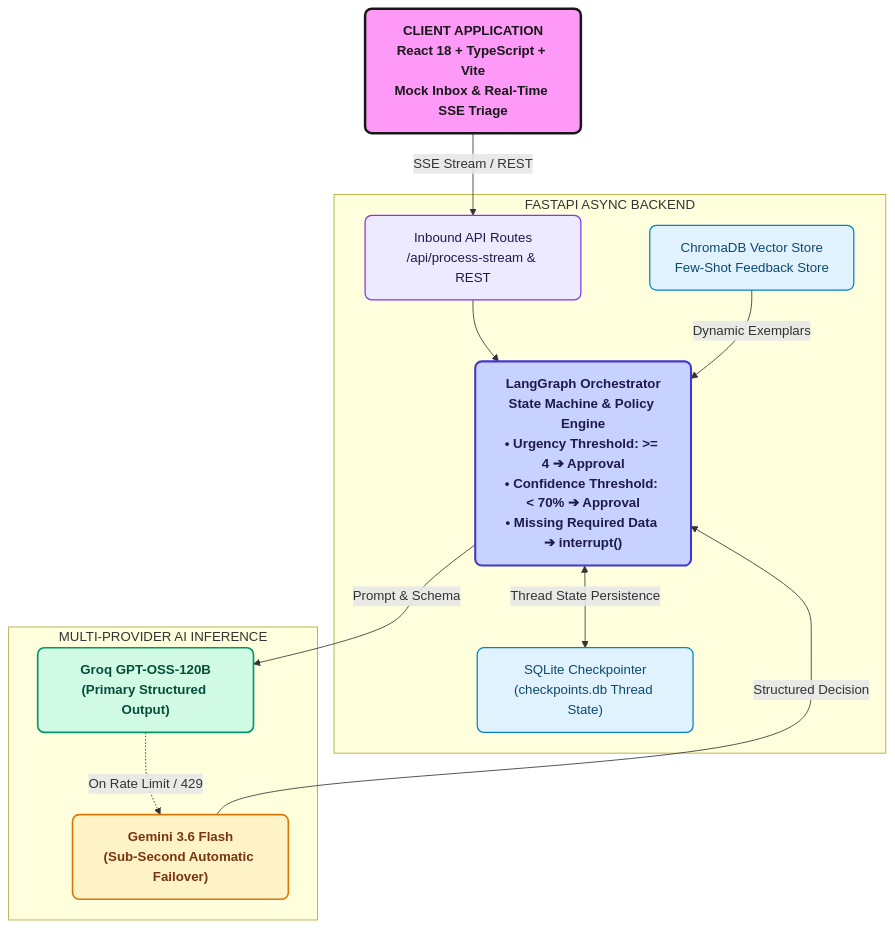
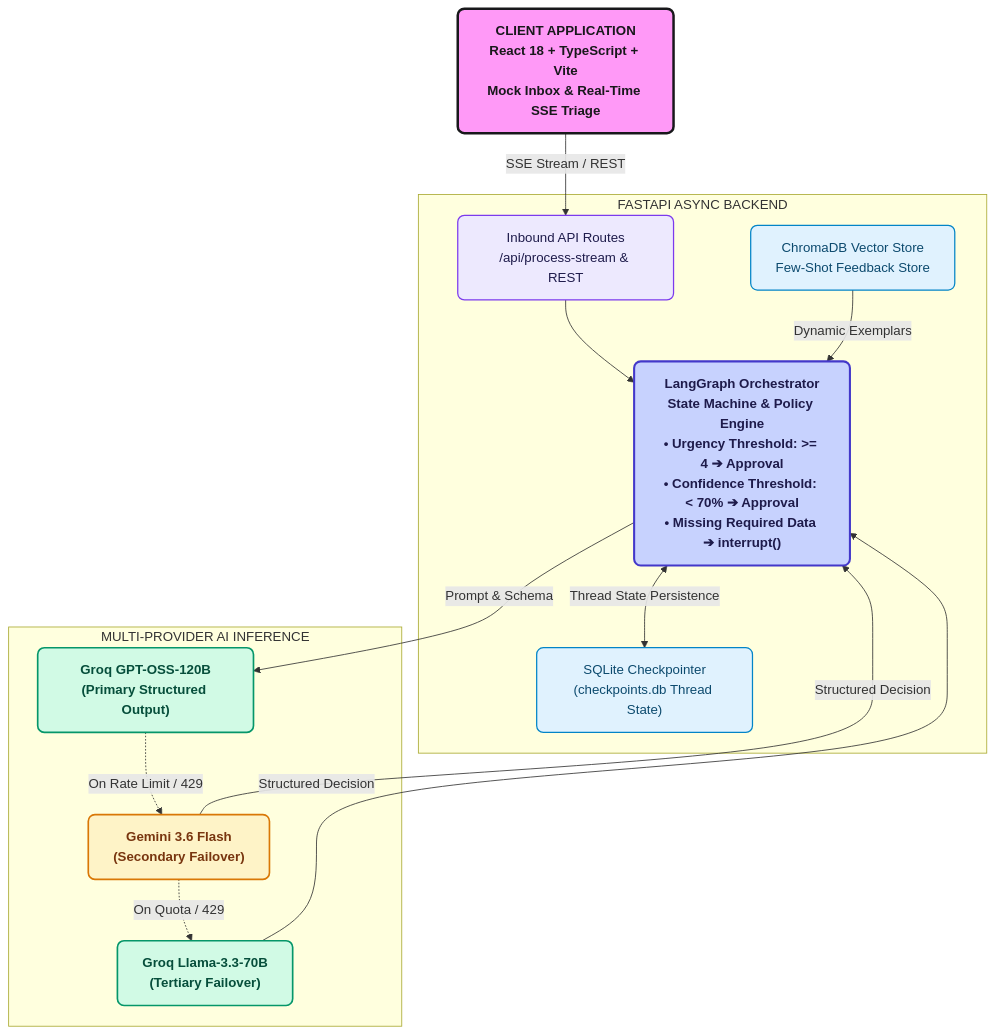
The first of 2 diagrams in docs/SYSTEM_DESIGN.md (sharan1918/Notion-Press-POC), drawn with Mermaid before and after one commit. The commit also changed other lines of this file and 2 other files, not shown here.

Commit message:
docs: update architecture specs for 3-tier failover and departmental routing

````diff
--- a/docs/SYSTEM_DESIGN.md
+++ b/docs/SYSTEM_DESIGN.md
@@ -25,31 +25,34 @@
 ```mermaid
 flowchart TD
     classDef clientBox fill:#ff99f7,stroke:#18181b,stroke-width:3px,color:#18181b,font-weight:bold,rx:8px,ry:8px;
     classDef gatewayBox fill:#ede9fe,stroke:#7c3aed,stroke-width:1.5px,color:#1e1b4b,font-weight:500,rx:8px,ry:8px;
     classDef graphBox fill:#c7d2fe,stroke:#4338ca,stroke-width:2.5px,color:#1e1b4b,font-weight:bold,rx:8px,ry:8px;
     classDef memoryBox fill:#e0f2fe,stroke:#0284c7,stroke-width:1.5px,color:#0c4a6e,font-weight:500,rx:8px,ry:8px;
     classDef llmBox fill:#d1fae5,stroke:#059669,stroke-width:2px,color:#064e3b,font-weight:bold,rx:8px,ry:8px;
     classDef failoverBox fill:#fef3c7,stroke:#d97706,stroke-width:2px,color:#78350f,font-weight:bold,rx:8px,ry:8px;
 
     CLIENT["<b>CLIENT APPLICATION</b><br/>React 18 + TypeScript + Vite<br/>Mock Inbox & Real-Time SSE Triage"]:::clientBox
 
     subgraph BACKEND ["FASTAPI ASYNC BACKEND"]
         ROUTES["Inbound API Routes<br/>/api/process-stream & REST"]:::gatewayBox
         GRAPH["LangGraph Orchestrator<br/>State Machine & Policy Engine<br/>• Urgency Threshold: &gt;= 4 ➔ Approval<br/>• Confidence Threshold: &lt; 70% ➔ Approval<br/>• Missing Required Data ➔ interrupt()"]:::graphBox
         CHECKPOINT["SQLite Checkpointer<br/>(checkpoints.db Thread State)"]:::memoryBox
         FEEDBACK["ChromaDB Vector Store<br/>Few-Shot Feedback Store"]:::memoryBox
     end
 
     subgraph LLM_TIER ["MULTI-PROVIDER AI INFERENCE"]
         PRIMARY["Groq GPT-OSS-120B<br/>(Primary Structured Output)"]:::llmBox
-        FAILOVER["Gemini 3.6 Flash<br/>(Sub-Second Automatic Failover)"]:::failoverBox
+        FAILOVER["Gemini 3.6 Flash<br/>(Secondary Failover)"]:::failoverBox
+        TERTIARY["Groq Llama-3.3-70B<br/>(Tertiary Failover)"]:::llmBox
     end
 
     CLIENT -->|SSE Stream / REST| ROUTES
     ROUTES --> GRAPH
     GRAPH <-->|Thread State Persistence| CHECKPOINT
     FEEDBACK -->|Dynamic Exemplars| GRAPH
     GRAPH -->|Prompt & Schema| PRIMARY
     PRIMARY -.->|On Rate Limit / 429| FAILOVER
+    FAILOVER -.->|On Quota / 429| TERTIARY
+    TERTIARY -->|Structured Decision| GRAPH
     FAILOVER -->|Structured Decision| GRAPH
 ```
````
